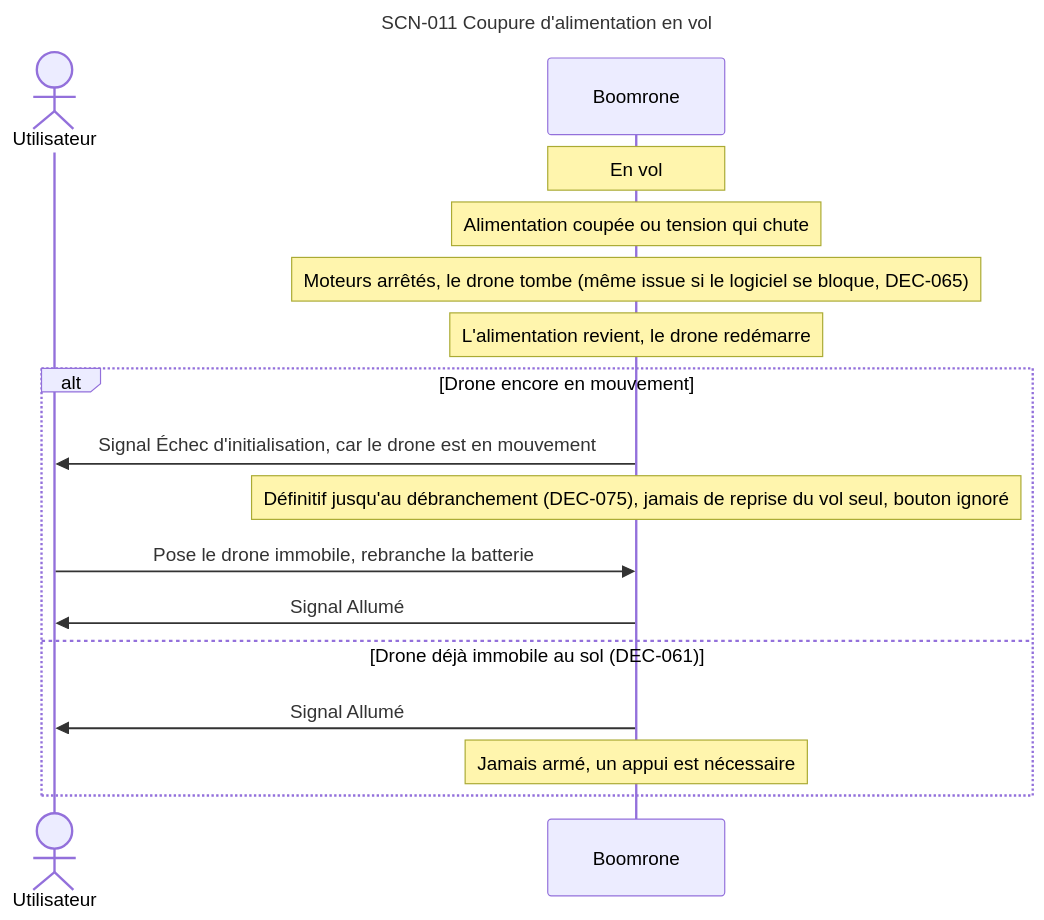
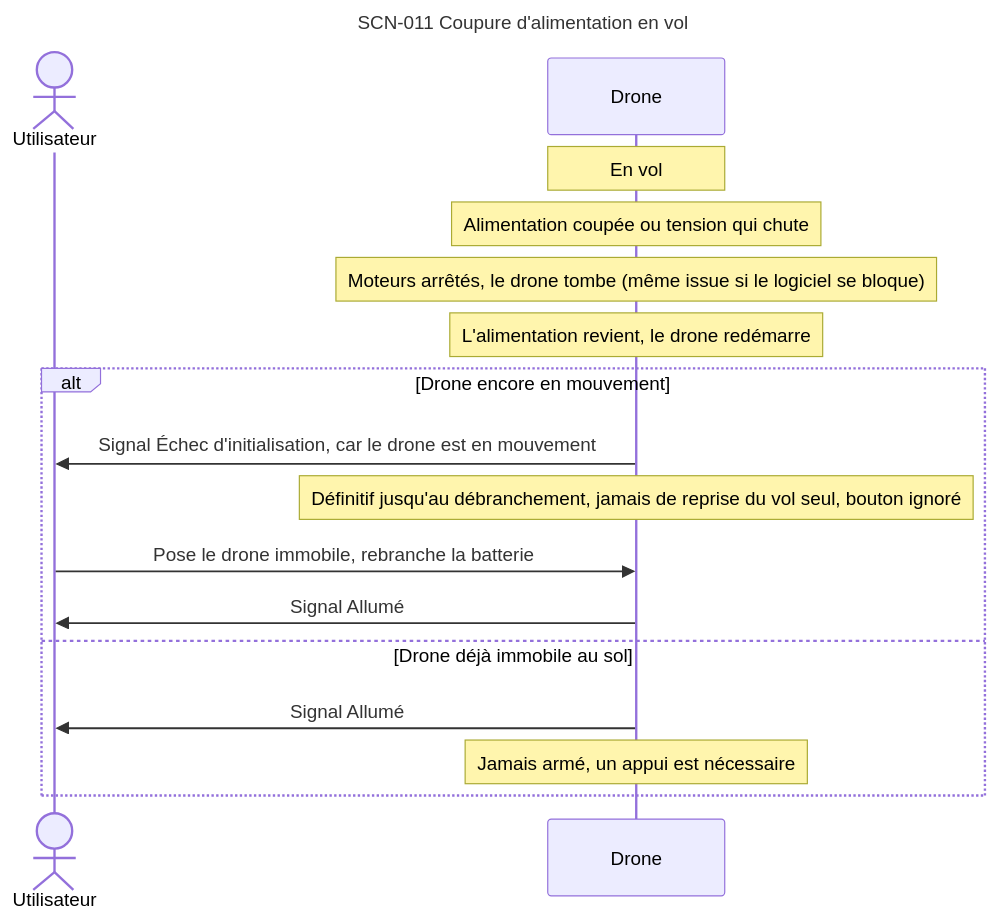
Diagram 15 of 15 in projets/boomrone/00-scenarios.md (thourymatthieu-png/coworker_archi_system), drawn with Mermaid before and after one commit. The commit also changed other lines of this file and 5 other files, not shown here.

Commit message:
Boomrone : diagrammes d'ensemble scindés (a, b, c), glossaire, relectures de porte, DEC-083 à DEC-086, doutes DOU-085 à DOU-090

````diff
--- a/projets/boomrone/00-scenarios.md
+++ b/projets/boomrone/00-scenarios.md
@@ -492,21 +687,21 @@
 ```mermaid
 ---
 title: "SCN-011 Coupure d'alimentation en vol"
 ---
 sequenceDiagram
     actor U as Utilisateur
-    participant D as Boomrone
+    participant D as Drone
     Note over D: En vol
     Note over D: Alimentation coupée ou tension qui chute
-    Note over D: Moteurs arrêtés, le drone tombe (même issue si le logiciel se bloque, DEC-065)
+    Note over D: Moteurs arrêtés, le drone tombe (même issue si le logiciel se bloque)
     Note over D: L'alimentation revient, le drone redémarre
     alt Drone encore en mouvement
         D->>U: Signal Échec d'initialisation, car le drone est en mouvement
-        Note over D: Définitif jusqu'au débranchement (DEC-075), jamais de reprise du vol seul, bouton ignoré
+        Note over D: Définitif jusqu'au débranchement, jamais de reprise du vol seul, bouton ignoré
         U->>D: Pose le drone immobile, rebranche la batterie
         D->>U: Signal Allumé
-    else Drone déjà immobile au sol (DEC-061)
+    else Drone déjà immobile au sol
         D->>U: Signal Allumé
         Note over D: Jamais armé, un appui est nécessaire
     end
 ```
````
